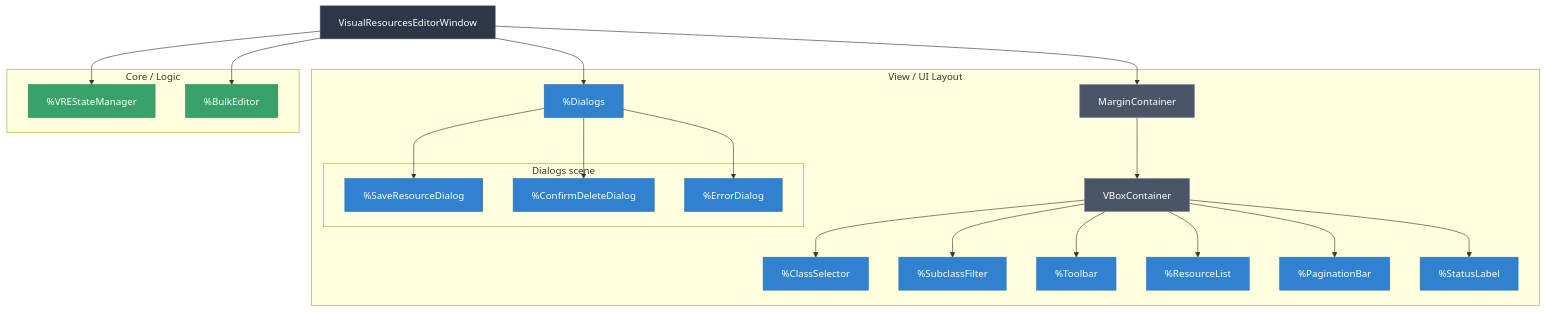
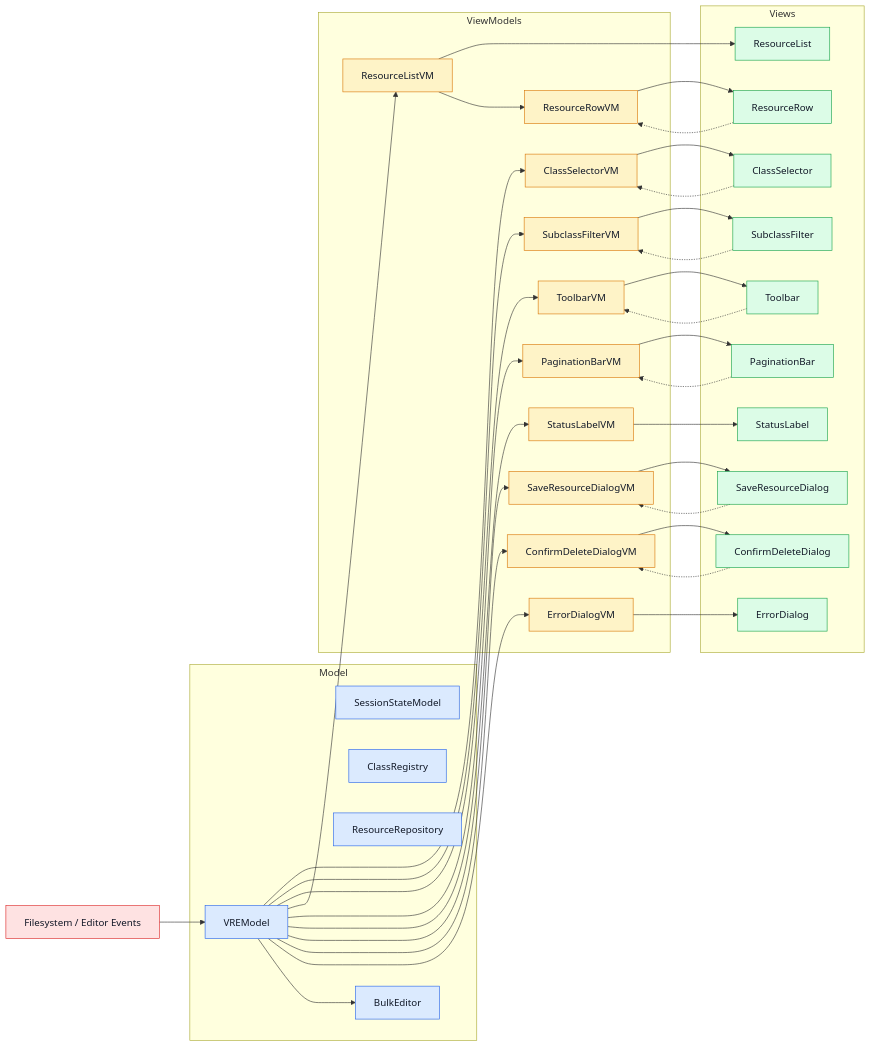
The diagram in addons/diablohumastudio/visual_resources_editor/docs/ARCHITECTURE.md (diablohumastudioadmin/data-systems-2), drawn with Mermaid before and after one commit. The commit also changed other lines of this file and 3 other files, not shown here.

First line of the commit message:
docs (vre): update architecture docs to reflect full MVVM implementation

````diff
--- a/addons/diablohumastudio/visual_resources_editor/docs/ARCHITECTURE.md
+++ b/addons/diablohumastudio/visual_resources_editor/docs/ARCHITECTURE.md
@@ -102,48 +145,75 @@
 ```mermaid
-graph TD
-    classDef window fill:#2d3748,stroke:#4a5568,color:#fff
-    classDef layout fill:#4a5568,stroke:#718096,color:#fff
-    classDef view fill:#3182ce,stroke:#2b6cb0,color:#fff
-    classDef logic fill:#38a169,stroke:#2f855a,color:#fff
+flowchart LR
+    classDef model  fill:#dbeafe,stroke:#2563eb,color:#111827
+    classDef vm     fill:#fef3c7,stroke:#d97706,color:#111827
+    classDef view   fill:#dcfce7,stroke:#16a34a,color:#111827
+    classDef auto   fill:#fee2e2,stroke:#dc2626,color:#111827
 
-    Window[VisualResourcesEditorWindow]:::window
+    FS["Filesystem / Editor Events"]:::auto
 
-    subgraph View / UI Layout
-        Margin[MarginContainer]:::layout
-        VBox[VBoxContainer]:::layout
-
-        ClassSel[ %ClassSelector ]:::view
-        SubFilt[ %SubclassFilter ]:::view
-        Toolbar[ %Toolbar ]:::view
-        ResList[ %ResourceList ]:::view
-        PagBar[ %PaginationBar ]:::view
-        Status[ %StatusLabel ]:::view
-        Dialogs[ %Dialogs ]:::view
-
-        subgraph Dialogs scene
-            SaveDlg[ %SaveResourceDialog ]:::view
-            DelDlg[ %ConfirmDeleteDialog ]:::view
-            ErrDlg[ %ErrorDialog ]:::view
-        end
+    subgraph Model
+        VREModel:::model
+        Session["SessionStateModel"]:::model
+        Registry["ClassRegistry"]:::model
+        Repo["ResourceRepository"]:::model
+        Bulk["BulkEditor"]:::model
     end
 
-    subgraph Core / Logic
-        State[ %VREStateManager ]:::logic
-        Bulk[ %BulkEditor ]:::logic
+    subgraph ViewModels
+        ClassSelectorVM:::vm
+        SubclassFilterVM:::vm
+        ToolbarVM:::vm
+        ResourceListVM:::vm
+        ResourceRowVM:::vm
+        PaginationBarVM:::vm
+        StatusLabelVM:::vm
+        SaveVM["SaveResourceDialogVM"]:::vm
+        DeleteVM["ConfirmDeleteDialogVM"]:::vm
+        ErrorVM["ErrorDialogVM"]:::vm
     end
 
-    Window --> Margin
-    Margin --> VBox
-    VBox --> ClassSel
-    VBox --> SubFilt
-    VBox --> Toolbar
-    VBox --> ResList
-    VBox --> PagBar
-    VBox --> Status
-    Window --> Dialogs
-    Dialogs --> SaveDlg
-    Dialogs --> DelDlg
-    Dialogs --> ErrDlg
-    Window --> State
-    Window --> Bulk
+    subgraph Views
+        ClassSelector:::view
+        SubclassFilter:::view
+        Toolbar:::view
+        ResourceList:::view
+        ResourceRow:::view
+        PaginationBar:::view
+        StatusLabel:::view
+        SaveDialog["SaveResourceDialog"]:::view
+        DeleteDialog["ConfirmDeleteDialog"]:::view
+        ErrorDialog:::view
+    end
+
+    FS --> VREModel
+    VREModel --> ClassSelectorVM
+    VREModel --> SubclassFilterVM
+    VREModel --> ToolbarVM
+    VREModel --> ResourceListVM
+    VREModel --> PaginationBarVM
+    VREModel --> StatusLabelVM
+    VREModel --> SaveVM
+    VREModel --> DeleteVM
+    VREModel --> ErrorVM
+    VREModel --> Bulk
+
+    ClassSelectorVM --> ClassSelector
+    SubclassFilterVM --> SubclassFilter
+    ToolbarVM --> Toolbar
+    ResourceListVM --> ResourceList
+    ResourceListVM --> ResourceRowVM
+    ResourceRowVM --> ResourceRow
+    PaginationBarVM --> PaginationBar
+    StatusLabelVM --> StatusLabel
+    SaveVM --> SaveDialog
+    DeleteVM --> DeleteDialog
+    ErrorVM --> ErrorDialog
+
+    ClassSelector -.-> ClassSelectorVM
+    SubclassFilter -.-> SubclassFilterVM
+    Toolbar -.-> ToolbarVM
+    ResourceRow -.-> ResourceRowVM
+    PaginationBar -.-> PaginationBarVM
+    SaveDialog -.-> SaveVM
+    DeleteDialog -.-> DeleteVM
 ```
````
